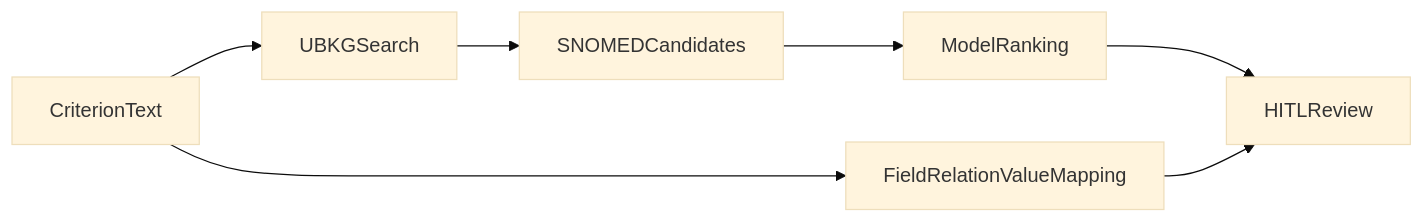
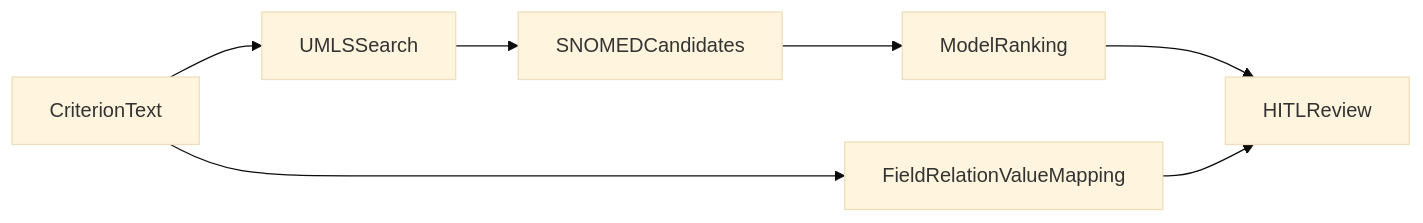
One commit to ET-NoahDolev/medgemma-hackathon changed the diagram in docs/diagrams/grounding-flow.md. Above: the diagram before and after it, drawn with Mermaid (base theme). The commit also changed 22 other files, not shown here.

Commit message:
Refactor grounding service to replace UBKG with UMLS API for SNOMED grounding; update related documentation and tests accordingly. Enhance README and diagrams to reflect the new integration, and remove UBKG client implementation.

````diff
--- a/docs/diagrams/grounding-flow.md
+++ b/docs/diagrams/grounding-flow.md
@@ -3,9 +3,9 @@
 ```mermaid
 flowchart LR
-  criterion[CriterionText] --> ubkg[UBKGSearch]
-  ubkg --> candidates[SNOMEDCandidates]
+  criterion[CriterionText] --> umls[UMLSSearch]
+  umls --> candidates[SNOMEDCandidates]
   candidates --> rank[ModelRanking]
   rank --> review[HITLReview]
   criterion --> fieldmap[FieldRelationValueMapping]
   fieldmap --> review
 ```
````
